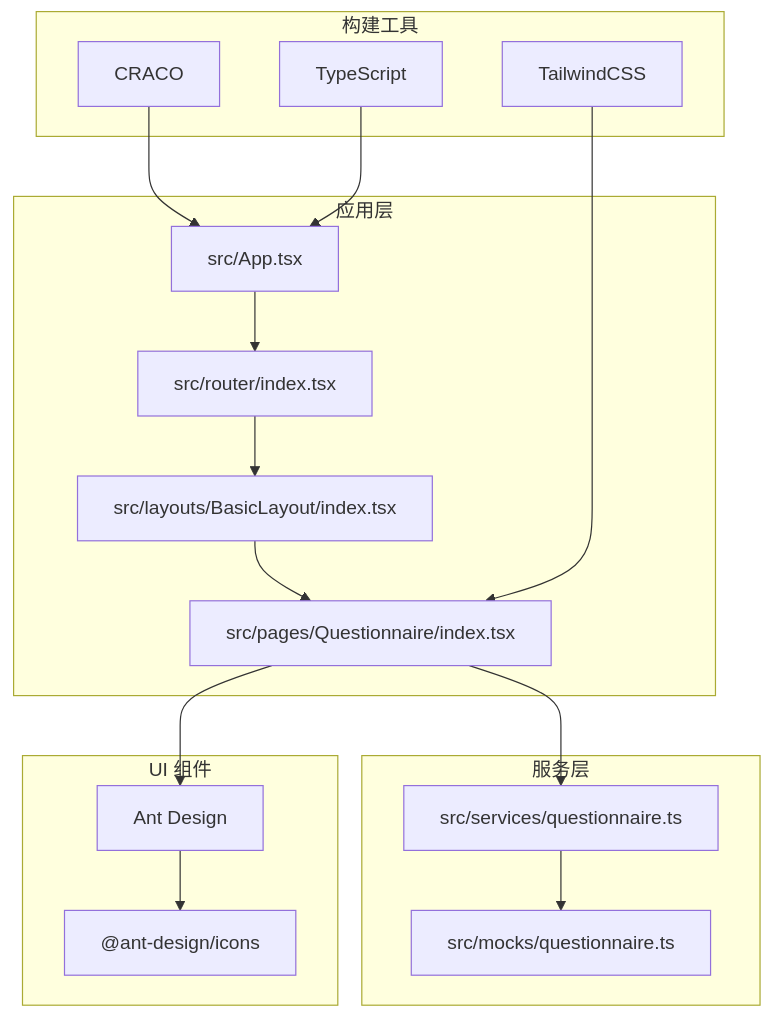
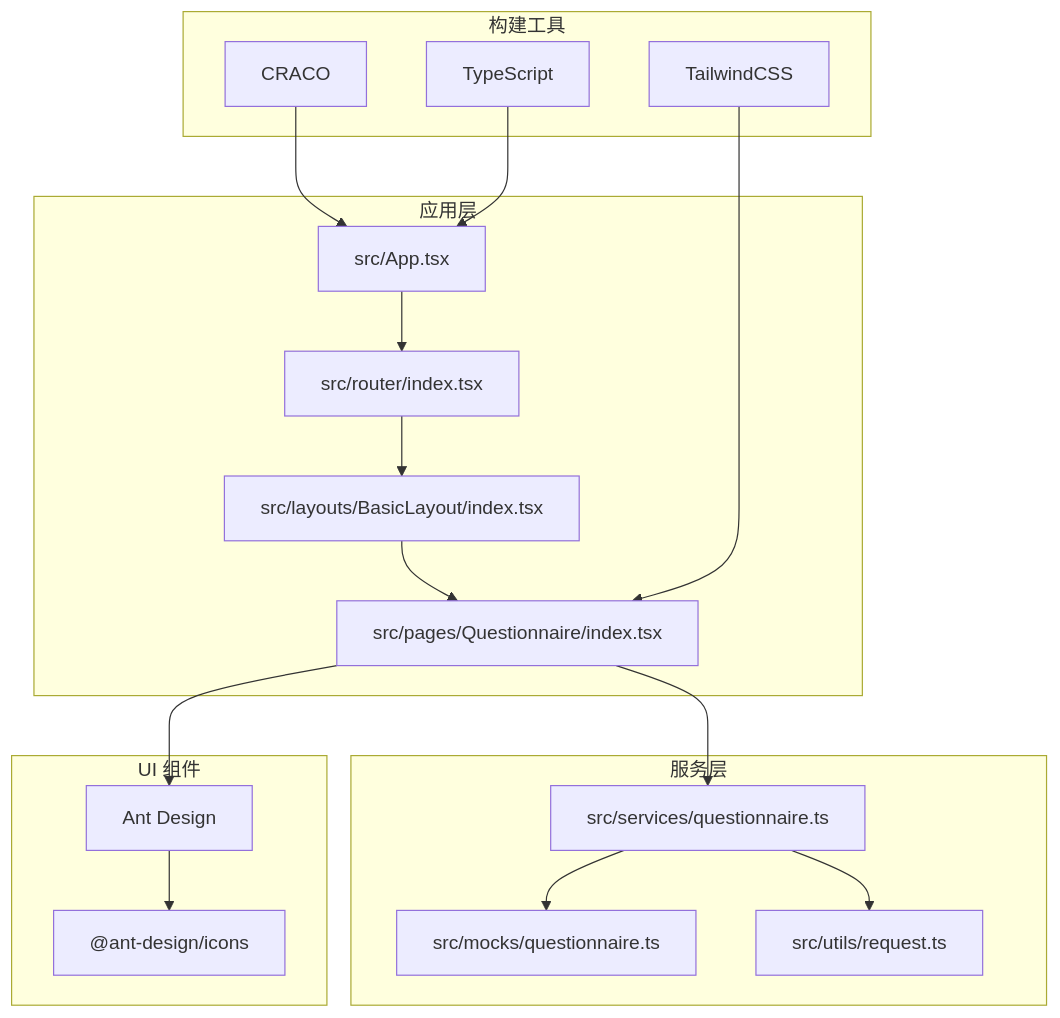
Diagram 11 of 12 in .qoder/repowiki/zh/content/核心组件/问卷管理系统.md (kkxxll/reactNext), drawn with Mermaid before and after one commit. The commit also changed other lines of this file and 12 other files, not shown here.

````diff
--- a/.qoder/repowiki/zh/content/核心组件/问卷管理系统.md
+++ b/.qoder/repowiki/zh/content/核心组件/问卷管理系统.md
@@ -369,32 +467,34 @@
 ```mermaid
 graph TB
 subgraph "应用层"
 App["src/App.tsx"]
 Router["src/router/index.tsx"]
 Layout["src/layouts/BasicLayout/index.tsx"]
 QuestionnairePage["src/pages/Questionnaire/index.tsx"]
 end
 subgraph "服务层"
 Services["src/services/questionnaire.ts"]
 Mocks["src/mocks/questionnaire.ts"]
+Request["src/utils/request.ts"]
 end
 subgraph "UI 组件"
 AntD["Ant Design"]
 Icons["@ant-design/icons"]
 end
 subgraph "构建工具"
 CRACO["CRACO"]
 TS["TypeScript"]
 Tailwind["TailwindCSS"]
 end
 App --> Router
 Router --> Layout
 Layout --> QuestionnairePage
 QuestionnairePage --> Services
 Services --> Mocks
+Services --> Request
 QuestionnairePage --> AntD
 AntD --> Icons
 CRACO --> App
 TS --> App
 Tailwind --> QuestionnairePage
 ```
````
